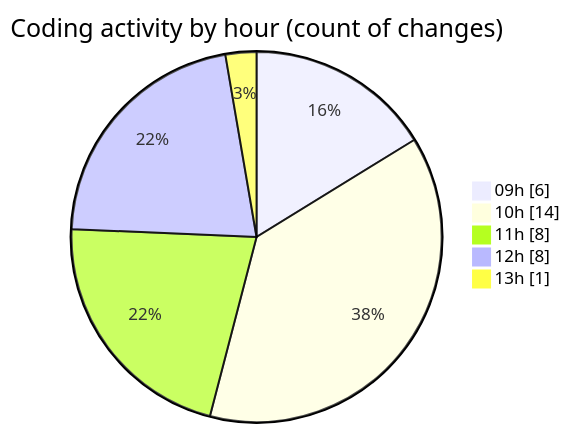
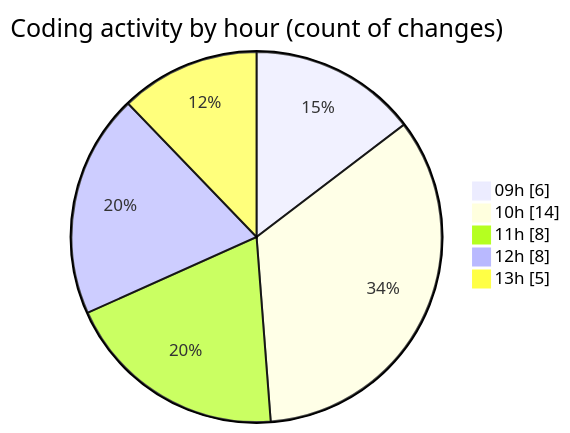
One commit to momahboobian/code-tracking changed the second of 2 diagrams in 2025-05-09/cda/README.md. Above: the diagram before and after it, drawn with Mermaid. The commit also changed other lines of this file and 1 other file, not shown here.

````diff
--- a/2025-05-09/cda/README.md
+++ b/2025-05-09/cda/README.md
@@ -34,9 +36,9 @@
 ```mermaid
 pie showData
 title Coding activity by hour (count of changes)
 "09h" : 6
 "10h" : 14
 "11h" : 8
 "12h" : 8
-"13h" : 1
+"13h" : 5
 ```
````
